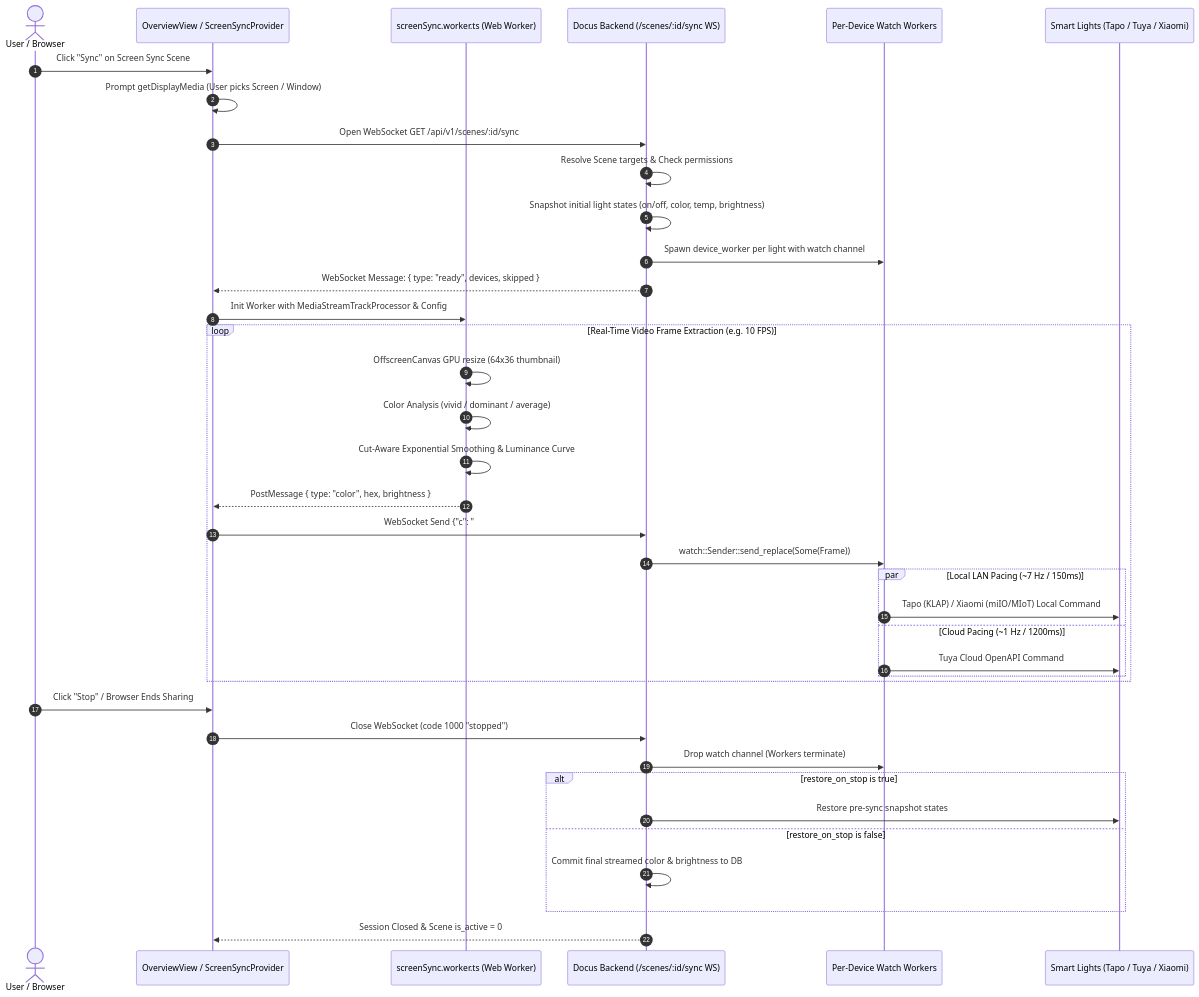
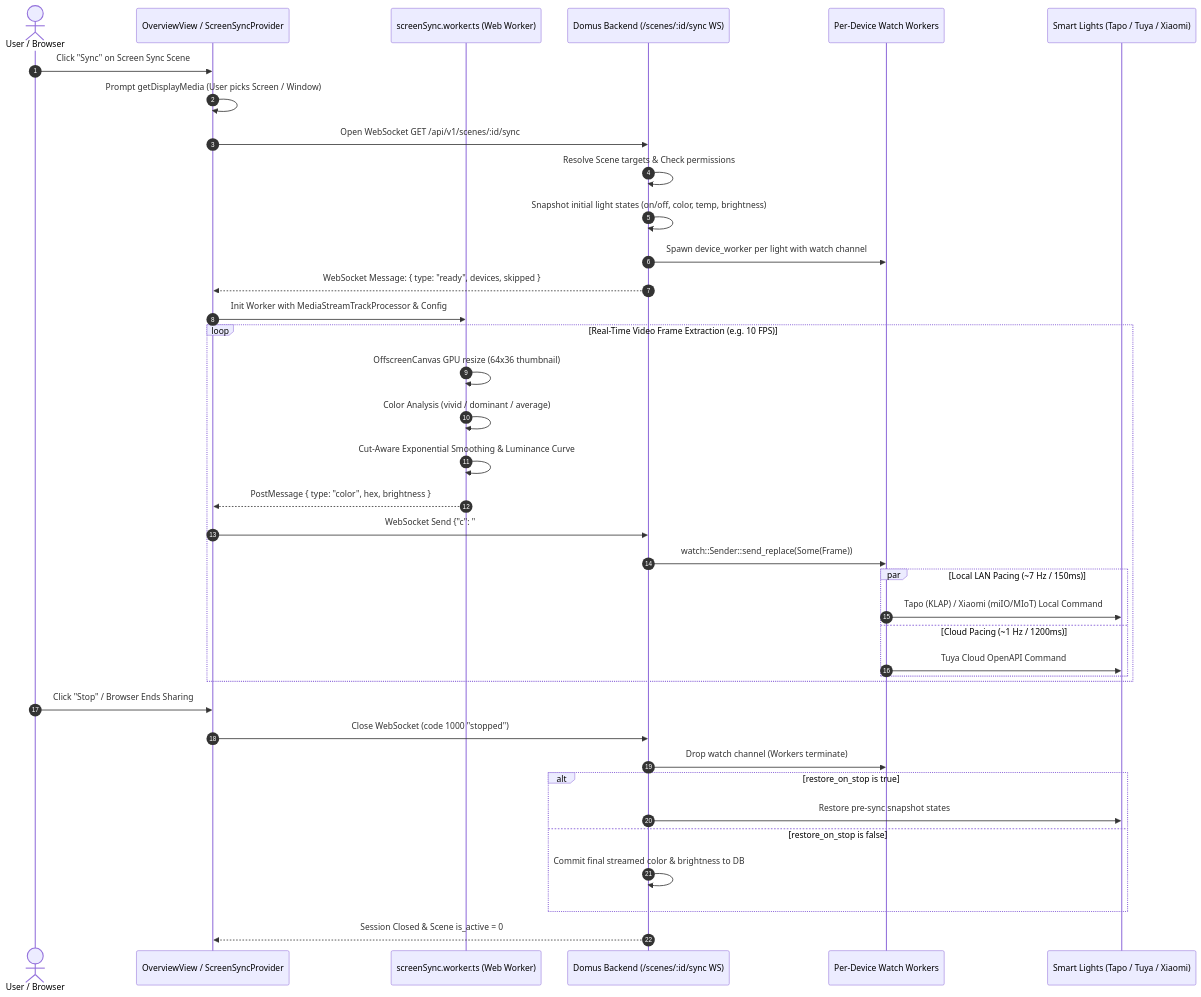
Before and after one commit to aiyu-ayaan/Domus: the first of 2 diagrams in development/docs/SCREEN_SYNC.md, drawn with Mermaid. The commit also changed other lines of this file and 72 other files, not shown here.

First line of the commit message:
rename(Domus) : Rename the app from Docus to Domus everywhere

````diff
--- a/development/docs/SCREEN_SYNC.md
+++ b/development/docs/SCREEN_SYNC.md
@@ -20,43 +20,43 @@
 ```mermaid
 sequenceDiagram
     autonumber
     actor User as User / Browser
     participant UI as OverviewView / ScreenSyncProvider
     participant Worker as screenSync.worker.ts (Web Worker)
-    participant Backend as Docus Backend (/scenes/:id/sync WS)
+    participant Backend as Domus Backend (/scenes/:id/sync WS)
     participant Workers as Per-Device Watch Workers
     participant Lights as Smart Lights (Tapo / Tuya / Xiaomi)
 
     User->>UI: Click "Sync" on Screen Sync Scene
     UI->>UI: Prompt getDisplayMedia (User picks Screen / Window)
     UI->>Backend: Open WebSocket GET /api/v1/scenes/:id/sync
     Backend->>Backend: Resolve Scene targets & Check permissions
     Backend->>Backend: Snapshot initial light states (on/off, color, temp, brightness)
     Backend->>Workers: Spawn device_worker per light with watch channel
     Backend-->>UI: WebSocket Message: { type: "ready", devices, skipped }
     UI->>Worker: Init Worker with MediaStreamTrackProcessor & Config
 
     loop Real-Time Video Frame Extraction (e.g. 10 FPS)
         Worker->>Worker: OffscreenCanvas GPU resize (64x36 thumbnail)
         Worker->>Worker: Color Analysis (vivid / dominant / average)
         Worker->>Worker: Cut-Aware Exponential Smoothing & Luminance Curve
         Worker-->>UI: PostMessage { type: "color", hex, brightness }
         UI->>Backend: WebSocket Send {"c": "#hex", "b": brightness}
         Backend->>Workers: watch::Sender::send_replace(Some(Frame))
         par Local LAN Pacing (~7 Hz / 150ms)
             Workers->>Lights: Tapo (KLAP) / Xiaomi (miIO/MIoT) Local Command
         and Cloud Pacing (~1 Hz / 1200ms)
             Workers->>Lights: Tuya Cloud OpenAPI Command
         end
     end
 
     User->>UI: Click "Stop" / Browser Ends Sharing
     UI->>Backend: Close WebSocket (code 1000 "stopped")
     Backend->>Workers: Drop watch channel (Workers terminate)
     alt restore_on_stop is true
         Backend->>Lights: Restore pre-sync snapshot states
     else restore_on_stop is false
         Backend->>Backend: Commit final streamed color & brightness to DB
     end
     Backend-->>UI: Session Closed & Scene is_active = 0
 ```
````
